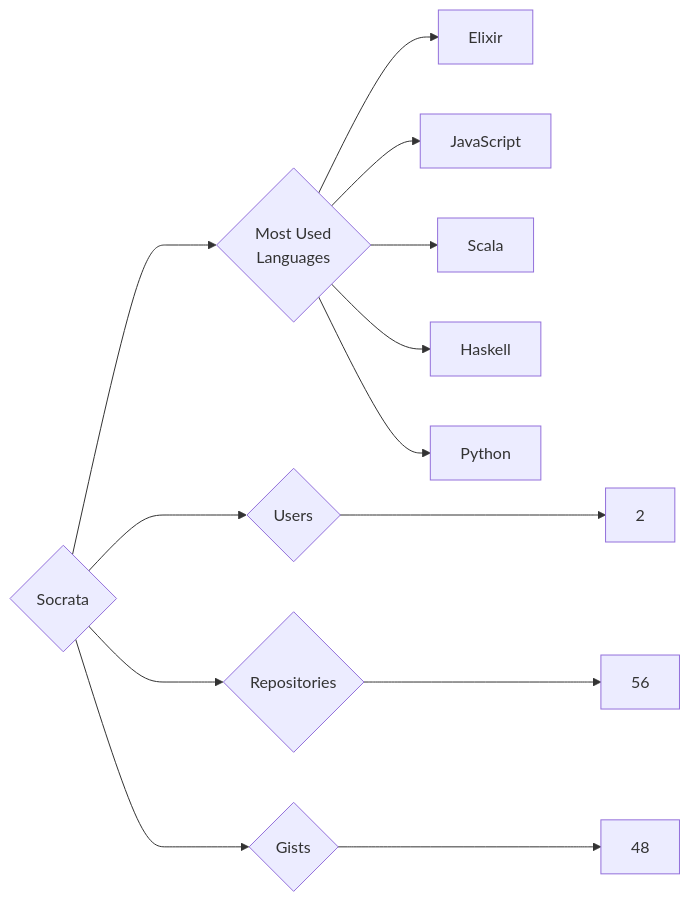
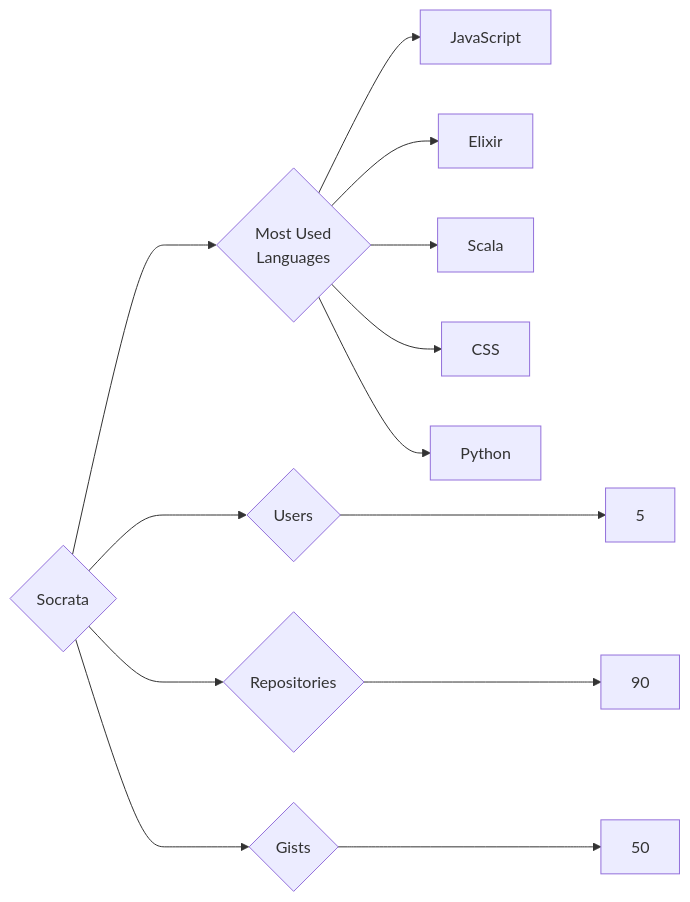
Before and after one commit to trickest/insiders: the diagram in targets/Socrata/README.md, drawn with Mermaid. The commit also changed 814 other files, not shown here.

````diff
--- a/targets/Socrata/README.md
+++ b/targets/Socrata/README.md
@@ -3,13 +3,13 @@
 ```mermaid
 graph LR
 COMPANY_NAME{Socrata}
-COMPANY_NAME ---> U{Users} ---> UN[2]
-COMPANY_NAME ---> R{Repositories} ---> RN[56]
-COMPANY_NAME ---> G{Gists} ---> GN[48]
+COMPANY_NAME ---> U{Users} ---> UN[5]
+COMPANY_NAME ---> R{Repositories} ---> RN[90]
+COMPANY_NAME ---> G{Gists} ---> GN[50]
 COMPANY_NAME ---> ML{Most Used<br>Languages}
+ML --> JavaScript[JavaScript]
 ML --> Elixir[Elixir]
-ML --> JavaScript[JavaScript]
 ML --> Scala[Scala]
-ML --> Haskell[Haskell]
+ML --> CSS[CSS]
 ML --> Python[Python]
 ```
````
